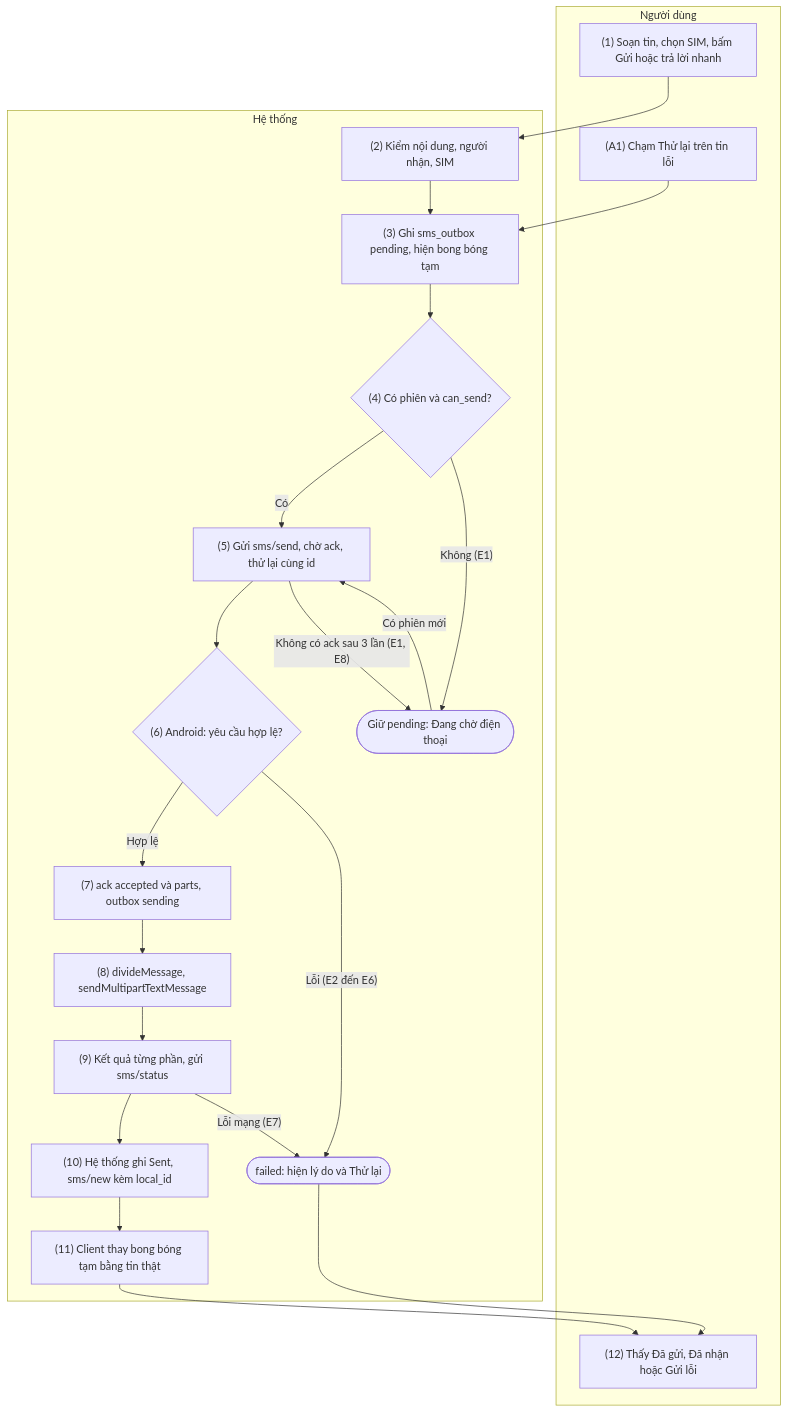
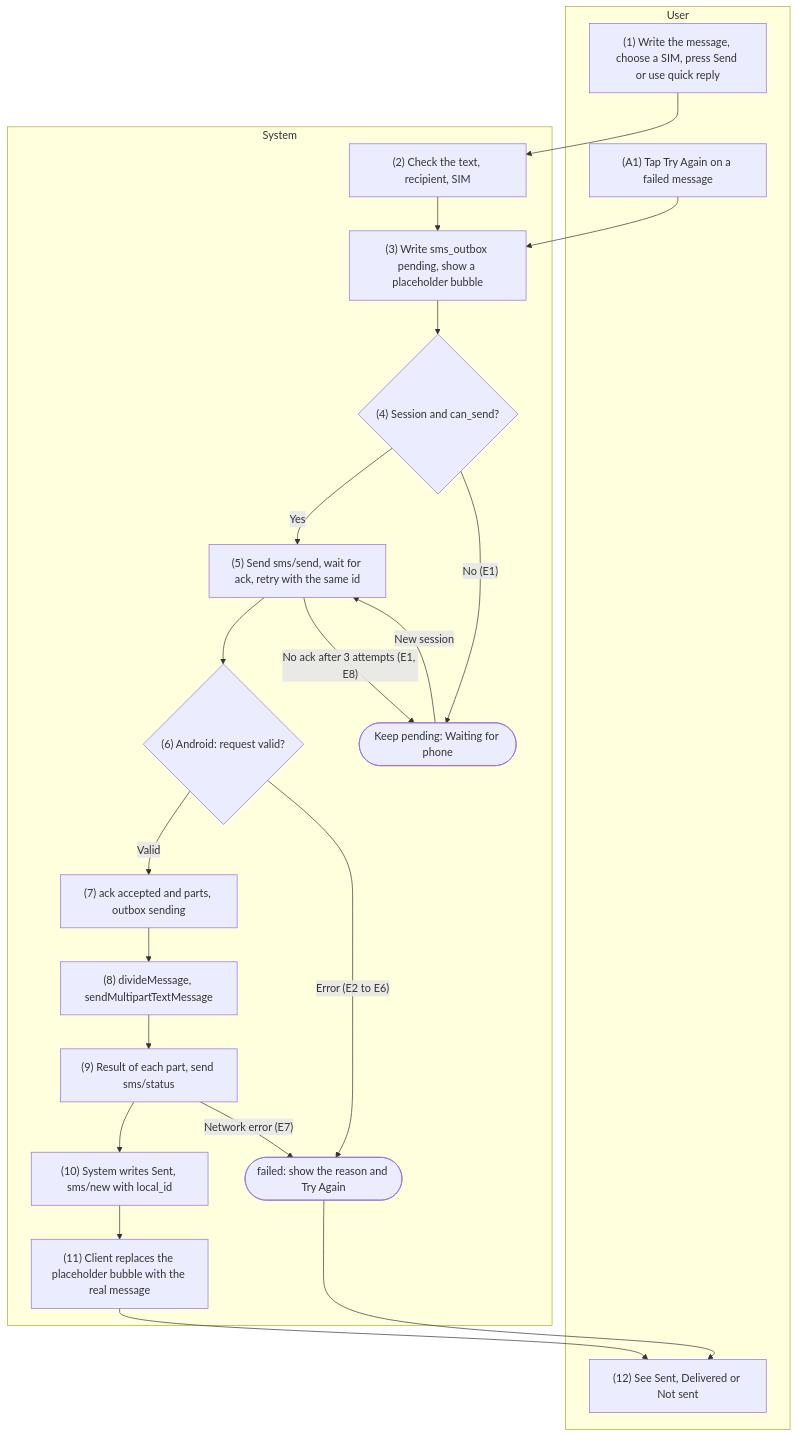
The fourth of 5 diagrams in docs/detailed-design/05-sms.md (HandLive/handlive), drawn with Mermaid before and after one commit. The commit also changed other lines of this file and 1 other file, not shown here.

Commit message:
docs: translate docs/detailed-design/05-sms.md into English

````diff
--- a/docs/detailed-design/05-sms.md
+++ b/docs/detailed-design/05-sms.md
@@ -833,32 +849,32 @@
 ```mermaid
 flowchart TB
-  subgraph ND["Người dùng"]
-    U1["(1) Soạn tin, chọn SIM, bấm Gửi hoặc trả lời nhanh"]
-    U12["(12) Thấy Đã gửi, Đã nhận hoặc Gửi lỗi"]
-    UA1["(A1) Chạm Thử lại trên tin lỗi"]
+  subgraph ND["User"]
+    U1["(1) Write the message, choose a SIM, press Send or use quick reply"]
+    U12["(12) See Sent, Delivered or Not sent"]
+    UA1["(A1) Tap Try Again on a failed message"]
   end
-  subgraph HT["Hệ thống"]
-    S2["(2) Kiểm nội dung, người nhận, SIM"]
-    S3["(3) Ghi sms_outbox pending, hiện bong bóng tạm"]
-    D4{"(4) Có phiên và can_send?"}
-    S5["(5) Gửi sms/send, chờ ack, thử lại cùng id"]
-    D6{"(6) Android: yêu cầu hợp lệ?"}
-    S7["(7) ack accepted và parts, outbox sending"]
+  subgraph HT["System"]
+    S2["(2) Check the text, recipient, SIM"]
+    S3["(3) Write sms_outbox pending, show a placeholder bubble"]
+    D4{"(4) Session and can_send?"}
+    S5["(5) Send sms/send, wait for ack, retry with the same id"]
+    D6{"(6) Android: request valid?"}
+    S7["(7) ack accepted and parts, outbox sending"]
     S8["(8) divideMessage, sendMultipartTextMessage"]
-    S9["(9) Kết quả từng phần, gửi sms/status"]
-    S10["(10) Hệ thống ghi Sent, sms/new kèm local_id"]
-    S11["(11) Client thay bong bóng tạm bằng tin thật"]
-    X1(["Giữ pending: Đang chờ điện thoại"])
-    X2(["failed: hiện lý do và Thử lại"])
+    S9["(9) Result of each part, send sms/status"]
+    S10["(10) System writes Sent, sms/new with local_id"]
+    S11["(11) Client replaces the placeholder bubble with the real message"]
+    X1(["Keep pending: Waiting for phone"])
+    X2(["failed: show the reason and Try Again"])
   end
   U1 --> S2 --> S3 --> D4
-  D4 -- "Có" --> S5 --> D6
-  D4 -- "Không (E1)" --> X1
-  S5 -- "Không có ack sau 3 lần (E1, E8)" --> X1
-  X1 -- "Có phiên mới" --> S5
-  D6 -- "Hợp lệ" --> S7 --> S8 --> S9 --> S10 --> S11 --> U12
-  D6 -- "Lỗi (E2 đến E6)" --> X2
-  S9 -- "Lỗi mạng (E7)" --> X2
+  D4 -- "Yes" --> S5 --> D6
+  D4 -- "No (E1)" --> X1
+  S5 -- "No ack after 3 attempts (E1, E8)" --> X1
+  X1 -- "New session" --> S5
+  D6 -- "Valid" --> S7 --> S8 --> S9 --> S10 --> S11 --> U12
+  D6 -- "Error (E2 to E6)" --> X2
+  S9 -- "Network error (E7)" --> X2
   X2 --> U12
   UA1 --> S3
 ```
````
